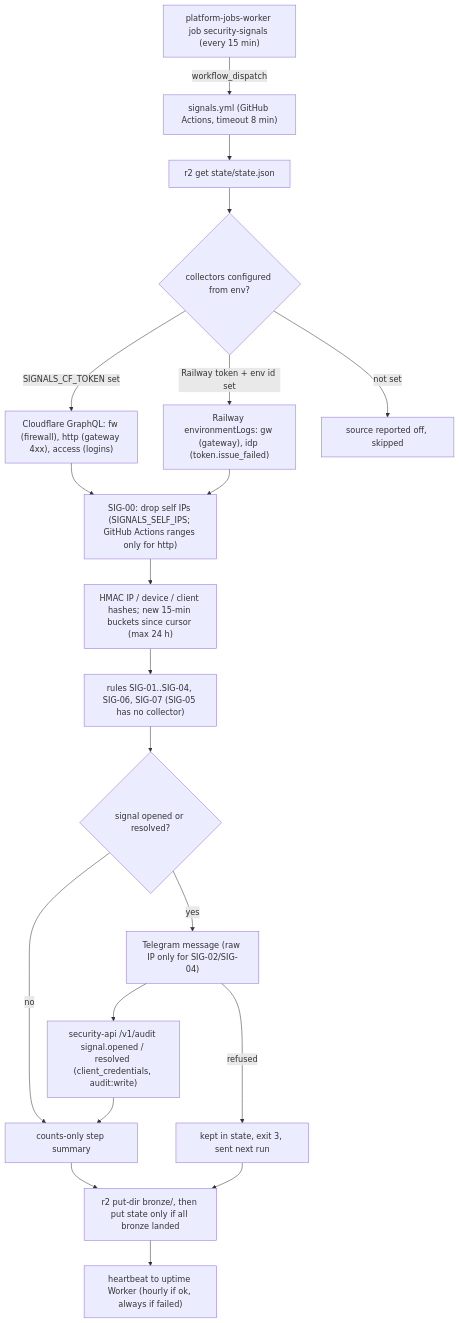
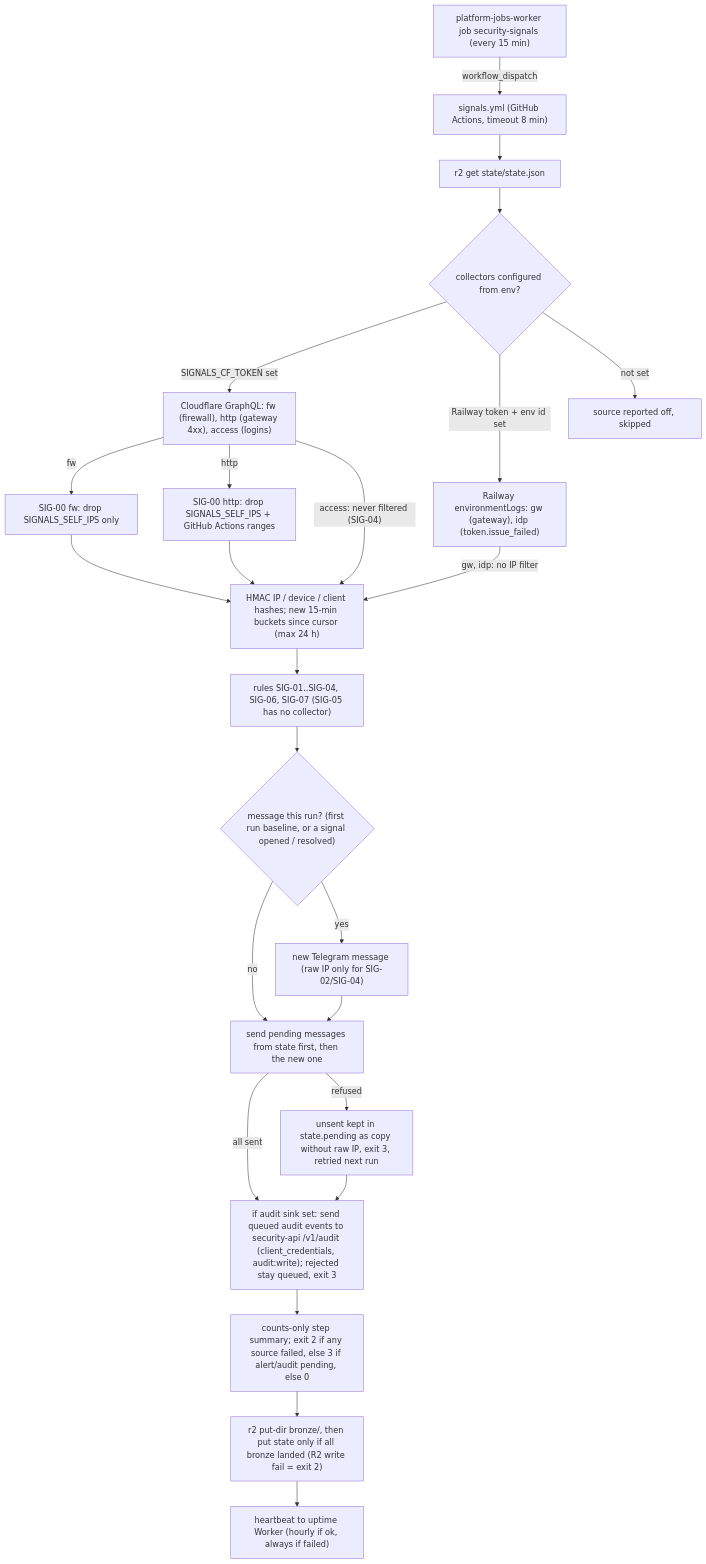
One commit to bookchaowalit/platform-security-signals changed the first of 2 diagrams in docs/diagrams/01-business-process.md. Above: the diagram before and after it, drawn with Mermaid. The commit also changed other lines of this file, not shown here.

Commit message:
docs: fix As-Is/To-Be business process per Codex review (01-business-process)
Match the diagrams to the code for the review findings: approval and
ordering gates, failure and retry paths, and data boundaries. Owner
decisions are recorded as Gap rows instead of inventing behaviour.

````diff
--- a/docs/diagrams/01-business-process.md
+++ b/docs/diagrams/01-business-process.md
@@ -9,22 +9,26 @@
 ```mermaid
 flowchart TD
   JW["platform-jobs-worker job security-signals (every 15 min)"] -->|workflow_dispatch| WF["signals.yml (GitHub Actions, timeout 8 min)"]
   WF --> GET["r2 get state/state.json"]
   GET --> CFG{"collectors configured from env?"}
   CFG -->|"SIGNALS_CF_TOKEN set"| CF["Cloudflare GraphQL: fw (firewall), http (gateway 4xx), access (logins)"]
   CFG -->|"Railway token + env id set"| RW["Railway environmentLogs: gw (gateway), idp (token.issue_failed)"]
   CFG -->|"not set"| OFF["source reported off, skipped"]
-  CF --> SELF["SIG-00: drop self IPs (SIGNALS_SELF_IPS; GitHub Actions ranges only for http)"]
-  RW --> SELF
-  SELF --> HASH["HMAC IP / device / client hashes; new 15-min buckets since cursor (max 24 h)"]
+  CF -->|"fw"| SELFFW["SIG-00 fw: drop SIGNALS_SELF_IPS only"]
+  CF -->|"http"| SELFHTTP["SIG-00 http: drop SIGNALS_SELF_IPS + GitHub Actions ranges"]
+  CF -->|"access: never filtered (SIG-04)"| HASH
+  RW -->|"gw, idp: no IP filter"| HASH
+  SELFFW --> HASH
+  SELFHTTP --> HASH["HMAC IP / device / client hashes; new 15-min buckets since cursor (max 24 h)"]
   HASH --> RULES["rules SIG-01..SIG-04, SIG-06, SIG-07 (SIG-05 has no collector)"]
-  RULES --> DIFF{"signal opened or resolved?"}
-  DIFF -->|no| SUM["counts-only step summary"]
-  DIFF -->|yes| TG["Telegram message (raw IP only for SIG-02/SIG-04)"]
-  TG --> AUD["security-api /v1/audit signal.opened / resolved (client_credentials, audit:write)"]
-  AUD --> SUM
-  SUM --> PUT["r2 put-dir bronze/, then put state only if all bronze landed"]
+  RULES --> DIFF{"message this run? (first run baseline, or a signal opened / resolved)"}
+  DIFF -->|no| QUEUE
+  DIFF -->|yes| TG["new Telegram message (raw IP only for SIG-02/SIG-04)"]
+  TG --> QUEUE["send pending messages from state first, then the new one"]
+  QUEUE -->|"all sent"| AUD
+  QUEUE -->|"refused"| KEEP["unsent kept in state.pending as copy without raw IP, exit 3, retried next run"]
+  KEEP --> AUD["if audit sink set: send queued audit events to security-api /v1/audit (client_credentials, audit:write); rejected stay queued, exit 3"]
+  AUD --> SUM["counts-only step summary; exit 2 if any source failed, else 3 if alert/audit pending, else 0"]
+  SUM --> PUT["r2 put-dir bronze/, then put state only if all bronze landed (R2 write fail = exit 2)"]
   PUT --> HB["heartbeat to uptime Worker (hourly if ok, always if failed)"]
-  TG -->|"refused"| KEEP["kept in state, exit 3, sent next run"]
-  KEEP --> PUT
 ```
````
